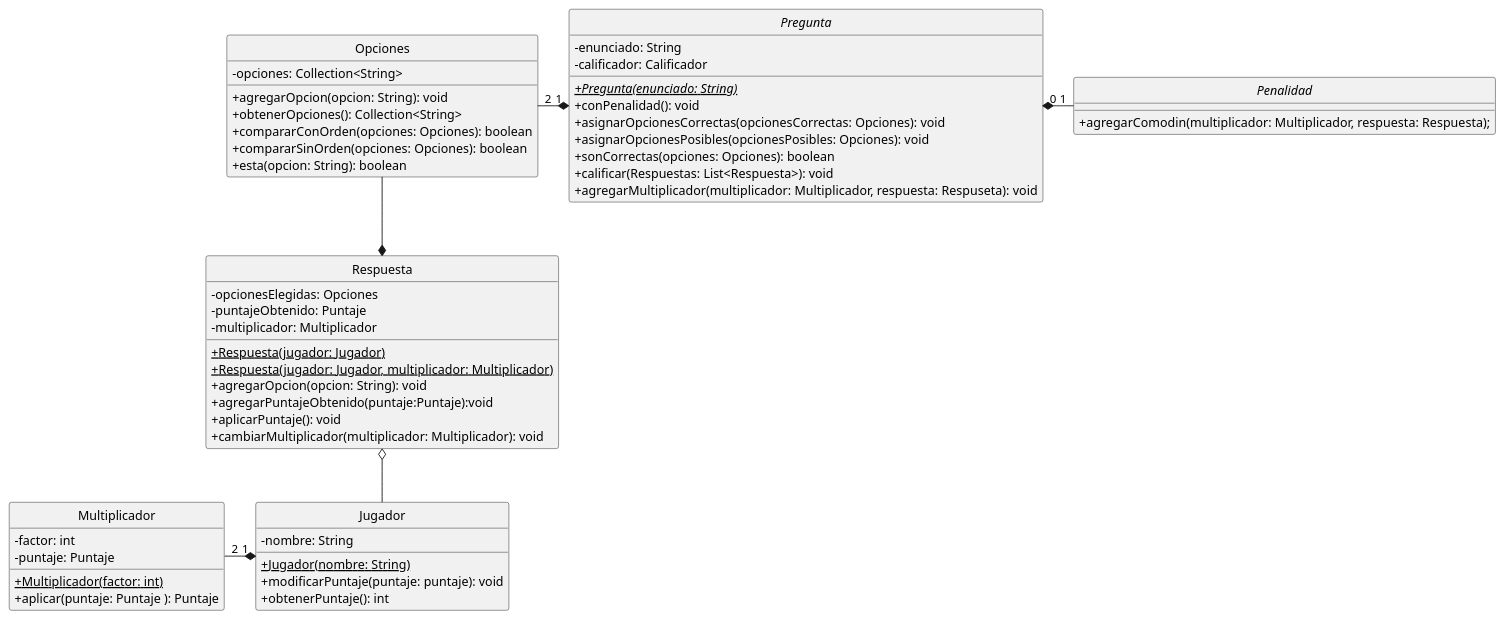
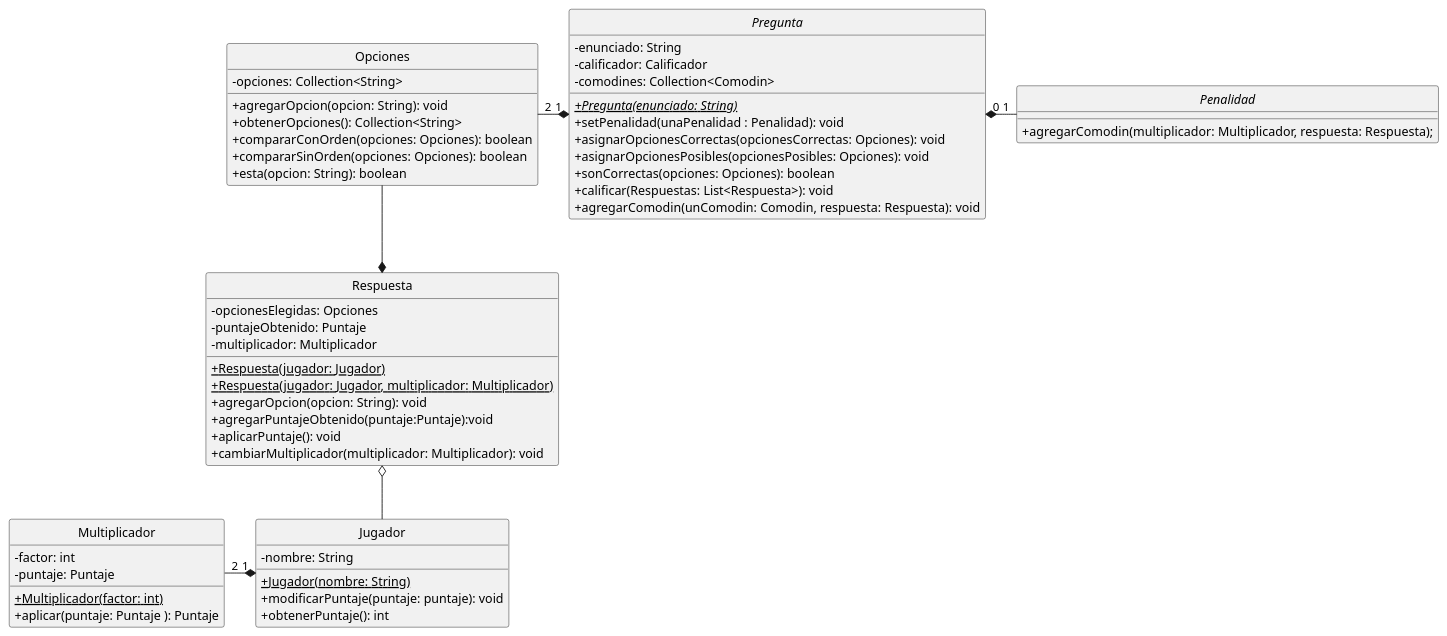
One commit to Alex1161/TP2 changed the diagram in src/main/java/edu/fiuba/algo3/Diagramas/puml/RestoClases.puml. Above: the diagram before and after it, drawn with PlantUML. The commit also changed 2 other files, not shown here.

Commit message:
Actualizando Diagramas de Clases con los cambios Realizados
Actualizando Diagrama de clase de Pregunta en RestoClases.puml

Agregado de diagrama de clases de creación de Preguntas

```diff
--- a/src/main/java/edu/fiuba/algo3/Diagramas/puml/RestoClases.puml
+++ b/src/main/java/edu/fiuba/algo3/Diagramas/puml/RestoClases.puml
@@ -1,65 +1,66 @@
 @startuml
 hide circle
 skinparam classAttributeIconSize 0
 
 'Clases
 Class Opciones{
     -opciones: Collection<String>
     +agregarOpcion(opcion: String): void
     +obtenerOpciones(): Collection<String>
     +compararConOrden(opciones: Opciones): boolean
     +compararSinOrden(opciones: Opciones): boolean
     +esta(opcion: String): boolean
 }
 
 Abstract Class Pregunta{
     -enunciado: String
     -calificador: Calificador
+    -comodines: Collection<Comodin>
 
     +{abstract}{static}Pregunta(enunciado: String)
-    +conPenalidad(): void
+    +setPenalidad(unaPenalidad : Penalidad): void
     +asignarOpcionesCorrectas(opcionesCorrectas: Opciones): void
     +asignarOpcionesPosibles(opcionesPosibles: Opciones): void
     +sonCorrectas(opciones: Opciones): boolean
     +calificar(Respuestas: List<Respuesta>): void
-    +agregarMultiplicador(multiplicador: Multiplicador, respuesta: Respuseta): void
+    +agregarComodin(unComodin: Comodin, respuesta: Respuesta): void
 }
 
 Interface Penalidad{
 {method} +agregarComodin(multiplicador: Multiplicador, respuesta: Respuesta);
 }
 
 Class Respuesta{
     -opcionesElegidas: Opciones
     -puntajeObtenido: Puntaje
     -multiplicador: Multiplicador
     +{static}Respuesta(jugador: Jugador)
     +{static}Respuesta(jugador: Jugador, multiplicador: Multiplicador)
     +agregarOpcion(opcion: String): void
     +agregarPuntajeObtenido(puntaje:Puntaje):void
     +aplicarPuntaje(): void
     +cambiarMultiplicador(multiplicador: Multiplicador): void
 }
 
 Class Jugador{
     -nombre: String
     +{Static}Jugador(nombre: String)
     +modificarPuntaje(puntaje: puntaje): void
     +obtenerPuntaje(): int
 }
 
 Class Multiplicador{
     -factor: int
     -puntaje: Puntaje
     +{static}Multiplicador(factor: int)
     +aplicar(puntaje: Puntaje ): Puntaje
 }
 
 'Relaciones
 Respuesta o-- Jugador
 Pregunta "1" *-left- "2" Opciones
 Respuesta *-up- Opciones
 Jugador "1" *-left- "2" Multiplicador
 Pregunta "0" *-right- "1" Penalidad
 
 @enduml
```
